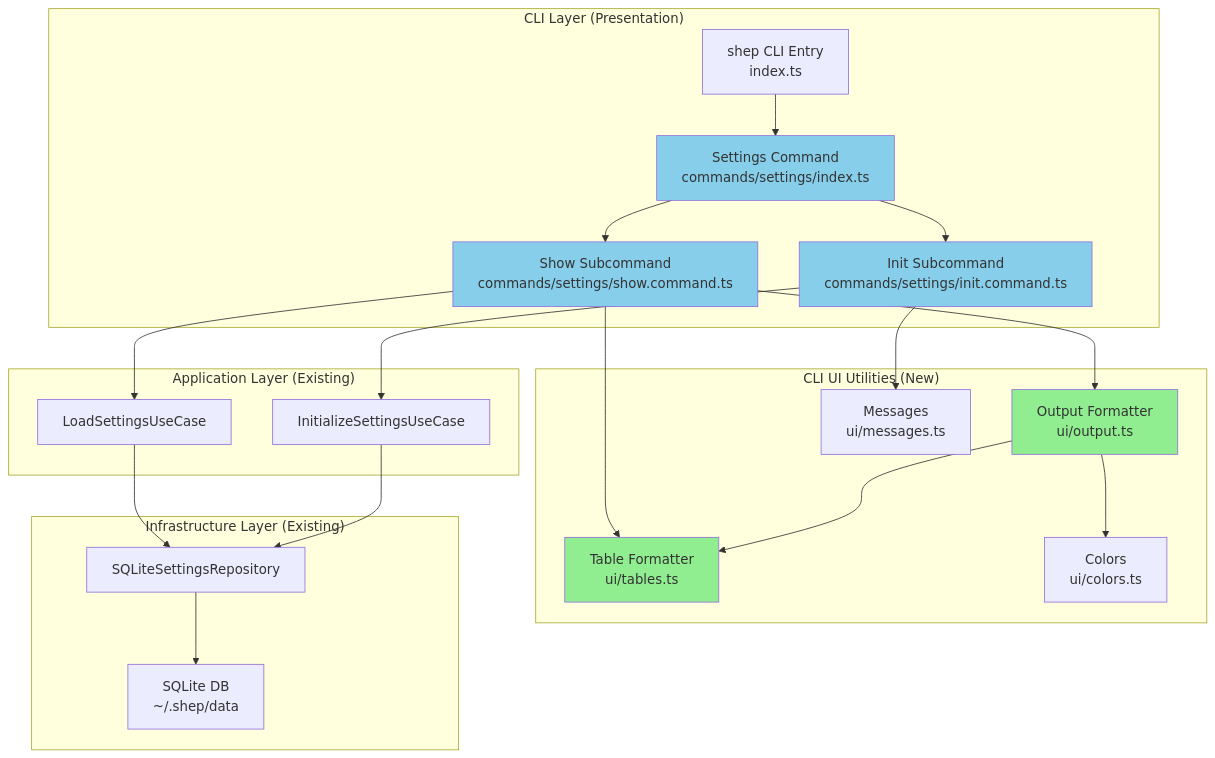
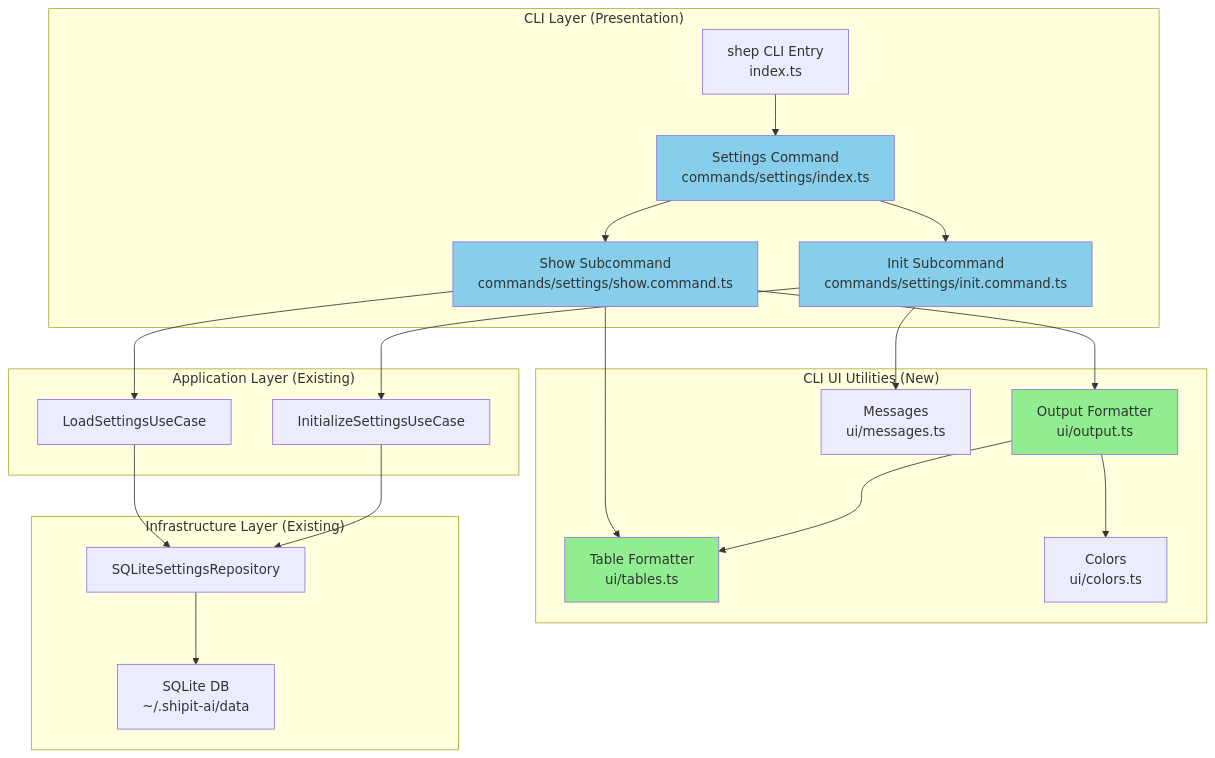
Before and after one commit to jrmatherly/shipit: the diagram in specs/006-cli-settings-commands/plan.md, drawn with Mermaid. The commit also changed other lines of this file and 776 other files, not shown here.

First line of the commit message:
chore(config): complete shep to shipit-ai rename and add tech debt plans

````diff
--- a/specs/006-cli-settings-commands/plan.md
+++ b/specs/006-cli-settings-commands/plan.md
@@ -12,50 +12,50 @@
 ```mermaid
 graph TB
     subgraph "CLI Layer (Presentation)"
         CLI[shep CLI Entry<br/>index.ts]
         SETTINGS_CMD[Settings Command<br/>commands/settings/index.ts]
         SHOW_CMD[Show Subcommand<br/>commands/settings/show.command.ts]
         INIT_CMD[Init Subcommand<br/>commands/settings/init.command.ts]
     end
 
     subgraph "CLI UI Utilities (New)"
         TABLES[Table Formatter<br/>ui/tables.ts]
         OUTPUT[Output Formatter<br/>ui/output.ts]
         COLORS[Colors<br/>ui/colors.ts]
         MESSAGES[Messages<br/>ui/messages.ts]
     end
 
     subgraph "Application Layer (Existing)"
         LOAD_UC[LoadSettingsUseCase]
         INIT_UC[InitializeSettingsUseCase]
     end
 
     subgraph "Infrastructure Layer (Existing)"
         SETTINGS_REPO[SQLiteSettingsRepository]
-        DB[SQLite DB<br/>~/.shep/data]
+        DB[SQLite DB<br/>~/.shipit-ai/data]
     end
 
     CLI --> SETTINGS_CMD
     SETTINGS_CMD --> SHOW_CMD
     SETTINGS_CMD --> INIT_CMD
 
     SHOW_CMD --> LOAD_UC
     SHOW_CMD --> OUTPUT
     SHOW_CMD --> TABLES
 
     INIT_CMD --> INIT_UC
     INIT_CMD --> MESSAGES
 
     OUTPUT --> TABLES
     OUTPUT --> COLORS
 
     LOAD_UC --> SETTINGS_REPO
     INIT_UC --> SETTINGS_REPO
     SETTINGS_REPO --> DB
 
     style TABLES fill:#90EE90
     style OUTPUT fill:#90EE90
     style SHOW_CMD fill:#87CEEB
     style INIT_CMD fill:#87CEEB
     style SETTINGS_CMD fill:#87CEEB
 ```
````
